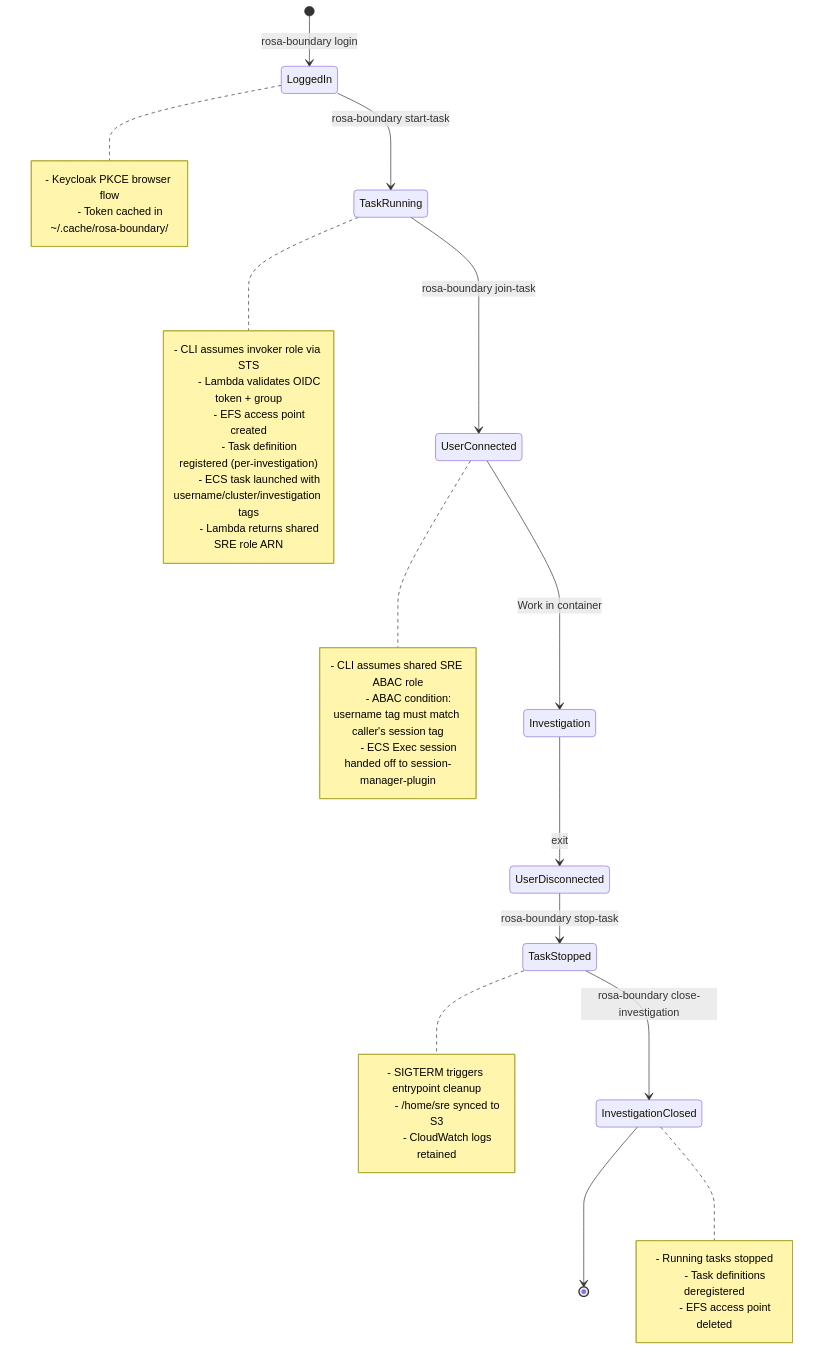
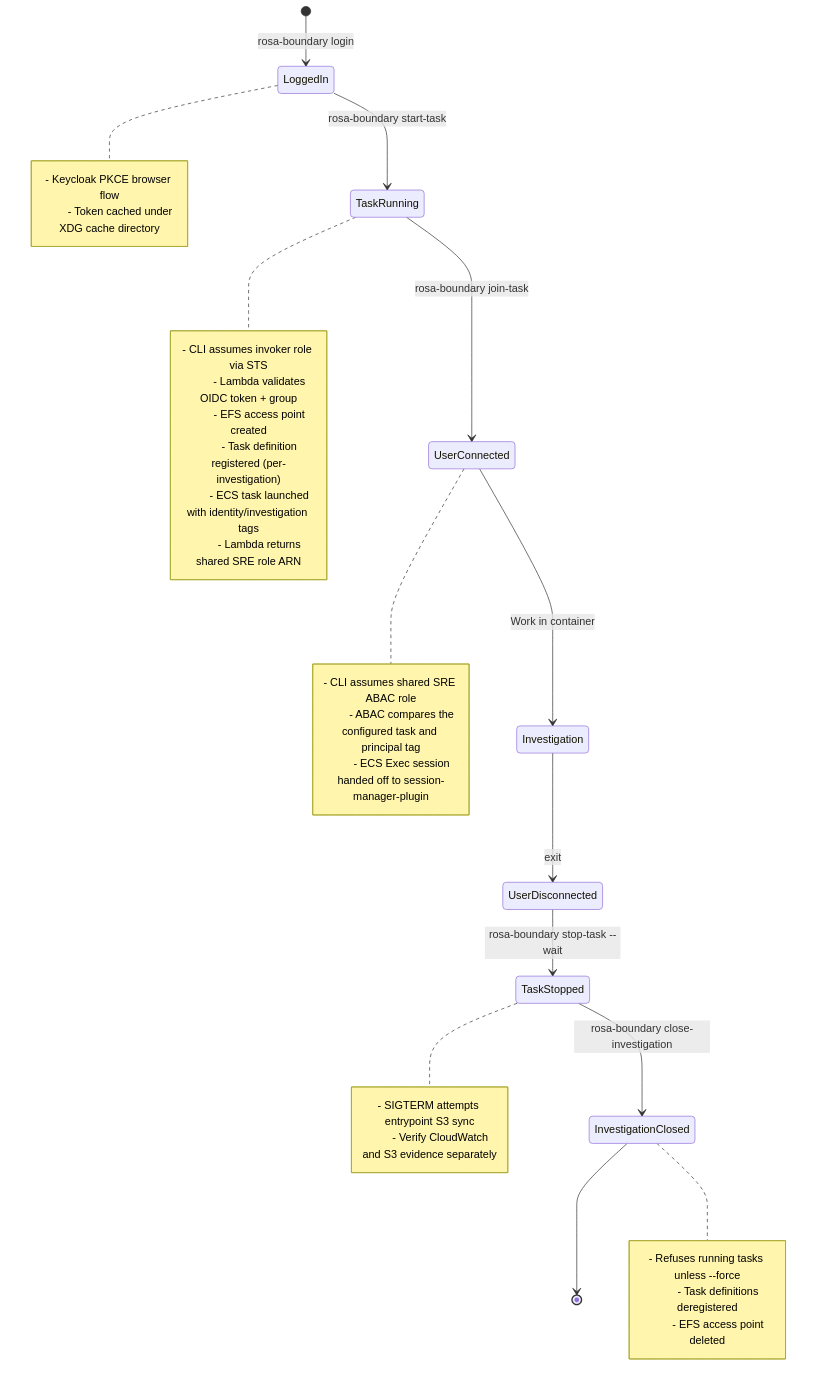
Before and after one commit to openshift-online/rosa-boundary: the diagram in docs/runbooks/investigation-workflow.md, drawn with Mermaid. The commit also changed other lines of this file and 2 other files, not shown here.

Commit message:
Correct CLI authentication and investigation runbooks

````diff
--- a/docs/runbooks/investigation-workflow.md
+++ b/docs/runbooks/investigation-workflow.md
@@ -11,43 +15,42 @@
 ```mermaid
 stateDiagram-v2
     [*] --> LoggedIn: rosa-boundary login
     LoggedIn --> TaskRunning: rosa-boundary start-task
     TaskRunning --> UserConnected: rosa-boundary join-task
     UserConnected --> Investigation: Work in container
     Investigation --> UserDisconnected: exit
-    UserDisconnected --> TaskStopped: rosa-boundary stop-task
+    UserDisconnected --> TaskStopped: rosa-boundary stop-task --wait
     TaskStopped --> InvestigationClosed: rosa-boundary close-investigation
     InvestigationClosed --> [*]
 
     note right of LoggedIn
         - Keycloak PKCE browser flow
-        - Token cached in ~/.cache/rosa-boundary/
+        - Token cached under XDG cache directory
     end note
 
     note right of TaskRunning
         - CLI assumes invoker role via STS
         - Lambda validates OIDC token + group
         - EFS access point created
         - Task definition registered (per-investigation)
-        - ECS task launched with username/cluster/investigation tags
+        - ECS task launched with identity/investigation tags
         - Lambda returns shared SRE role ARN
     end note
 
     note right of UserConnected
         - CLI assumes shared SRE ABAC role
-        - ABAC condition: username tag must match caller's session tag
+        - ABAC compares the configured task and principal tag
         - ECS Exec session handed off to session-manager-plugin
     end note
 
     note right of TaskStopped
-        - SIGTERM triggers entrypoint cleanup
-        - /home/sre synced to S3
-        - CloudWatch logs retained
+        - SIGTERM attempts entrypoint S3 sync
+        - Verify CloudWatch and S3 evidence separately
     end note
 
     note right of InvestigationClosed
-        - Running tasks stopped
+        - Refuses running tasks unless --force
         - Task definitions deregistered
         - EFS access point deleted
     end note
 ```
````
